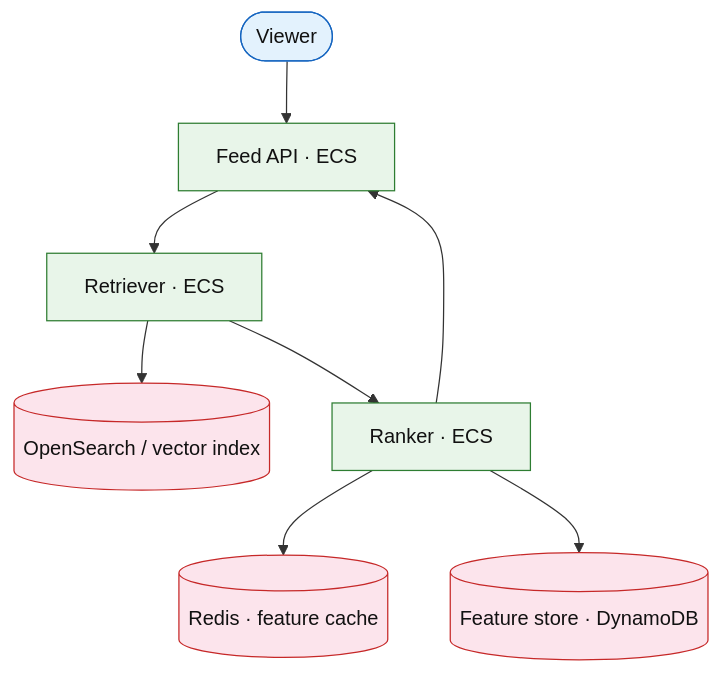
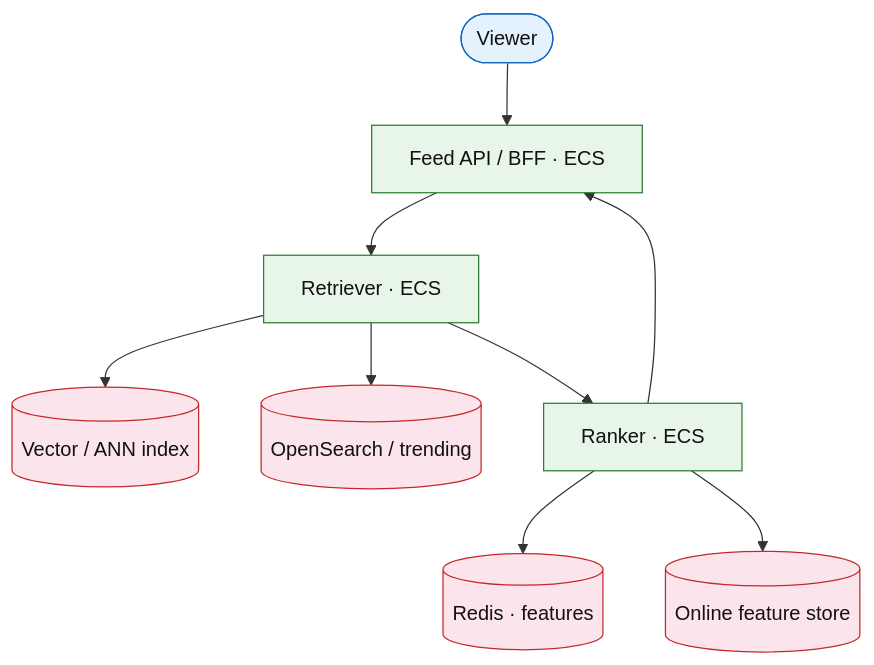
Before and after one commit to gardusig/interview: the diagram in system-design/examples/social/feed-ranking-service.md, drawn with Mermaid. The commit also changed other lines of this file and 194 other files, not shown here.

````diff
--- a/system-design/examples/social/feed-ranking-service.md
+++ b/system-design/examples/social/feed-ranking-service.md
@@ -24,25 +33,26 @@
 ```mermaid
 flowchart TB
  viewer([Viewer])
- feed[Feed API · ECS]
+ feed[Feed API / BFF · ECS]
  retrieve[Retriever · ECS]
  rank[Ranker · ECS]
- cache[(Redis · feature cache)]
- store[(Feature store · DynamoDB)]
- index[(OpenSearch / vector index)]
+ cache[(Redis · features)]
+ store[(Online feature store)]
+ ann[(Vector / ANN index)]
+ inverted[(OpenSearch / trending)]
 
- viewer --> feed --> retrieve --> index
+ viewer --> feed --> retrieve
+ retrieve --> ann
+ retrieve --> inverted
  retrieve --> rank
  rank --> cache
  rank --> store
  rank --> feed
 
  classDef user fill:#e3f2fd,#42a5f5,stroke:#1565c0,color:#111
- classDef edge fill:#fff8e1,#ffb74d,stroke:#ef6c00,color:#111
  classDef app fill:#e8f5e9,#66bb6a,stroke:#2e7d32,color:#111
  classDef data fill:#fce4ec,#ef5350,stroke:#c62828,color:#111
- classDef async fill:#f3e5f5,#ab47bc,stroke:#6a1b9a,color:#111
  class viewer user
  class feed,retrieve,rank app
- class cache,store,index data
+ class cache,store,ann,inverted data
 ```
````
